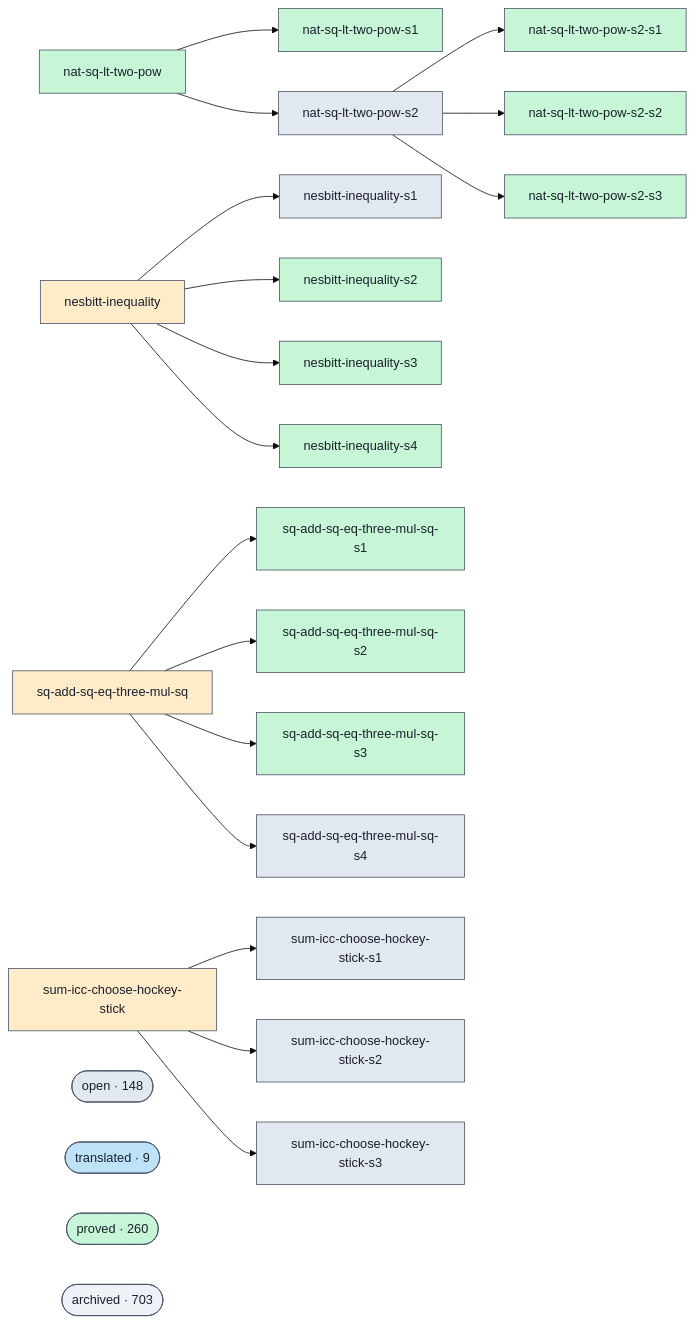
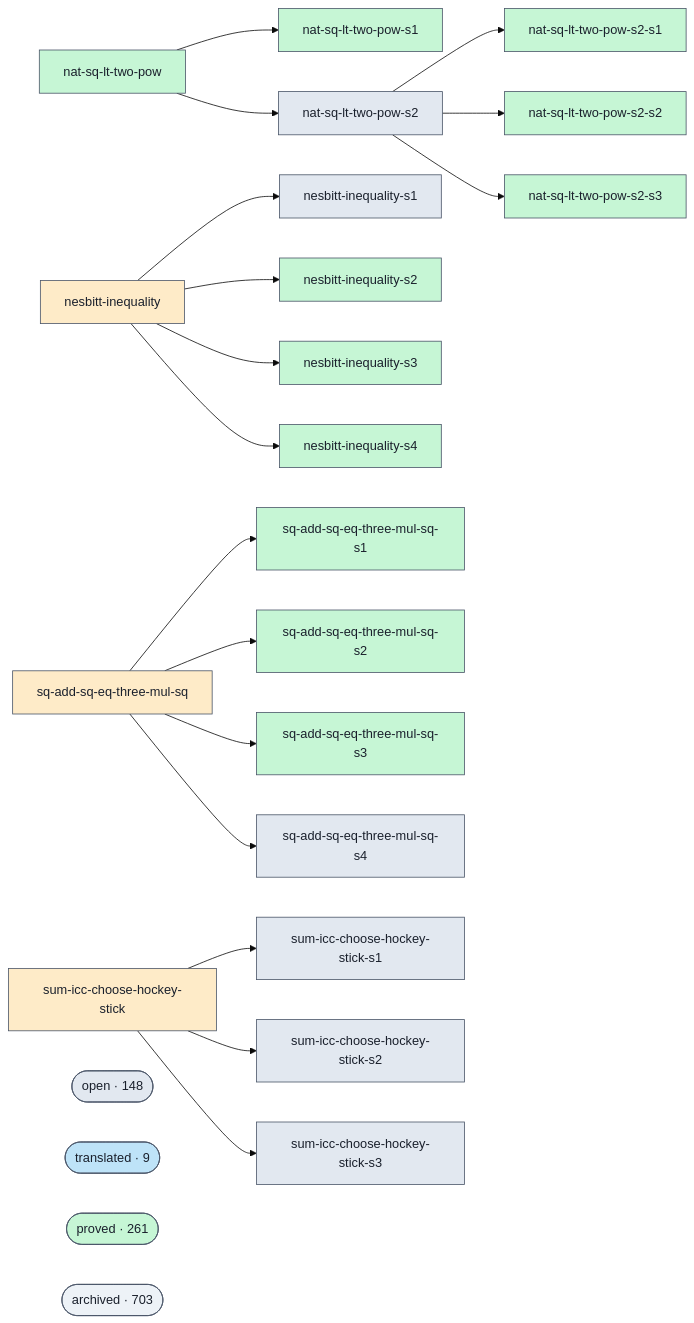
The diagram in docs/proofs-contributors-visualisation.md (ohdearquant/unsorry), drawn with Mermaid (base theme) before and after one commit. The commit also changed other lines of this file and 2 other files, not shown here.

```diff
--- a/docs/proofs-contributors-visualisation.md
+++ b/docs/proofs-contributors-visualisation.md
@@ -102,7 +102,7 @@
   class cluster_open open;
   cluster_translated(["translated · 9"])
   class cluster_translated translated;
-  cluster_proved(["proved · 260"])
+  cluster_proved(["proved · 261"])
   class cluster_proved proved;
   cluster_archived(["archived · 703"])
   class cluster_archived unknown;
```
